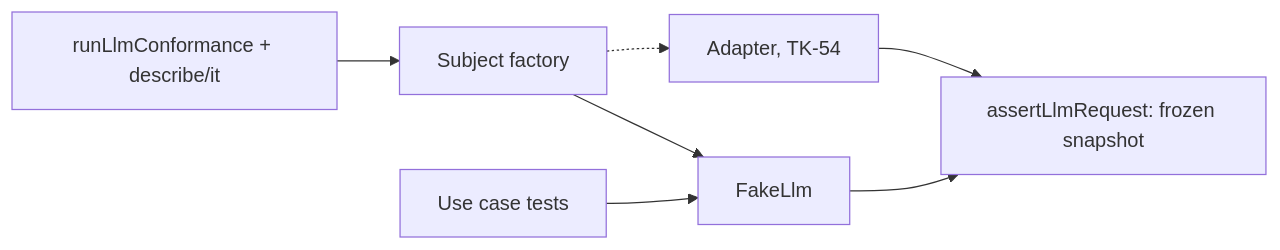
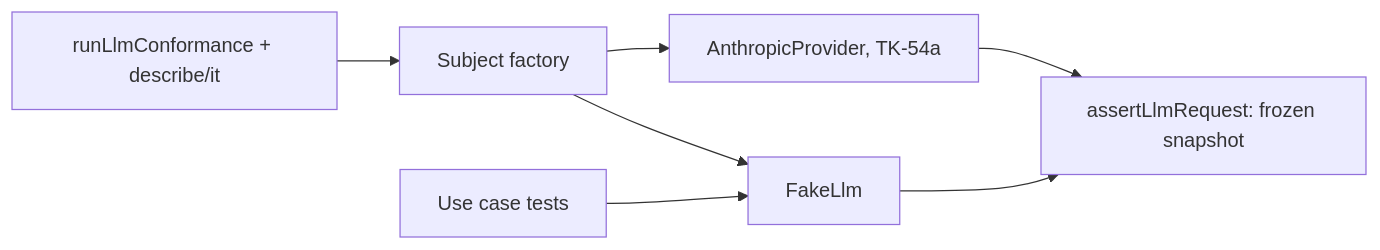
Before and after one commit to koklo-dev/koklo: diagram 48 of 51 in docs/architecture.md, drawn with Mermaid. The commit also changed other lines of this file and 19 other files, not shown here.

First line of the commit message:
feat(llm): add the Anthropic adapter and the testing import guard

````diff
--- a/docs/architecture.md
+++ b/docs/architecture.md
@@ -1552,9 +1555,9 @@
 ```mermaid
 flowchart LR
   suite[runLlmConformance + describe/it] --> sub[Subject factory]
   sub --> fake[FakeLlm]
-  sub -.-> adapter[Adapter, TK-54]
+  sub --> adapter[AnthropicProvider, TK-54a]
   fake --> guard[assertLlmRequest: frozen snapshot]
   adapter --> guard
   uc[Use case tests] --> fake
 ```
````
